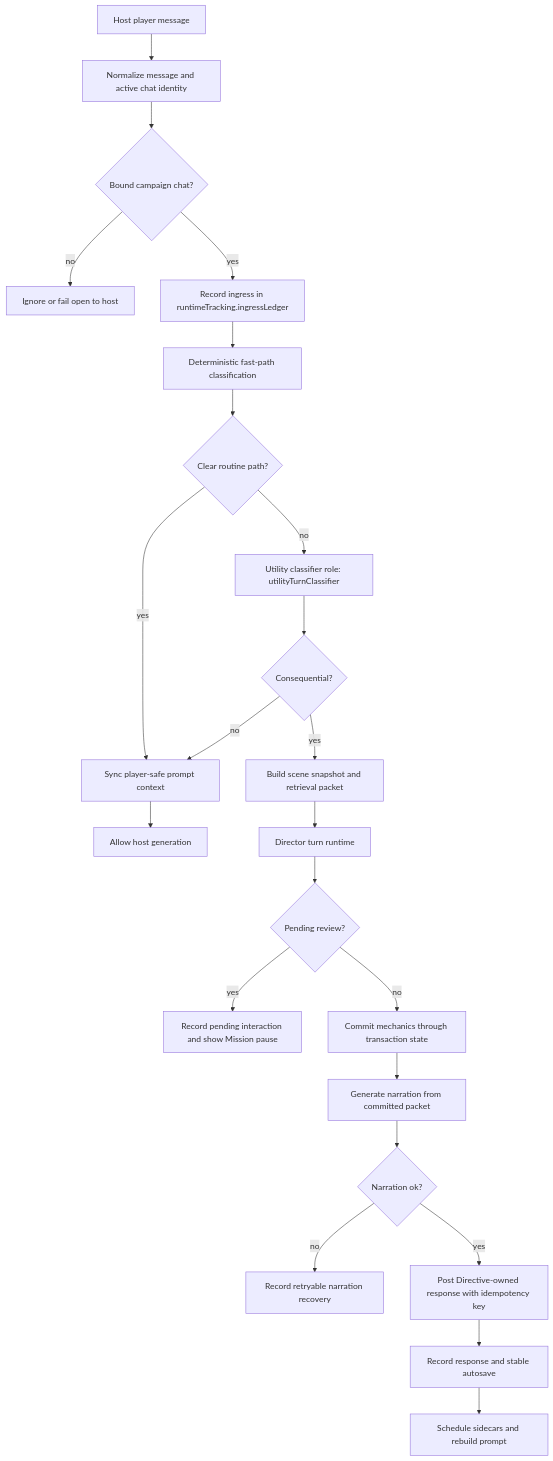
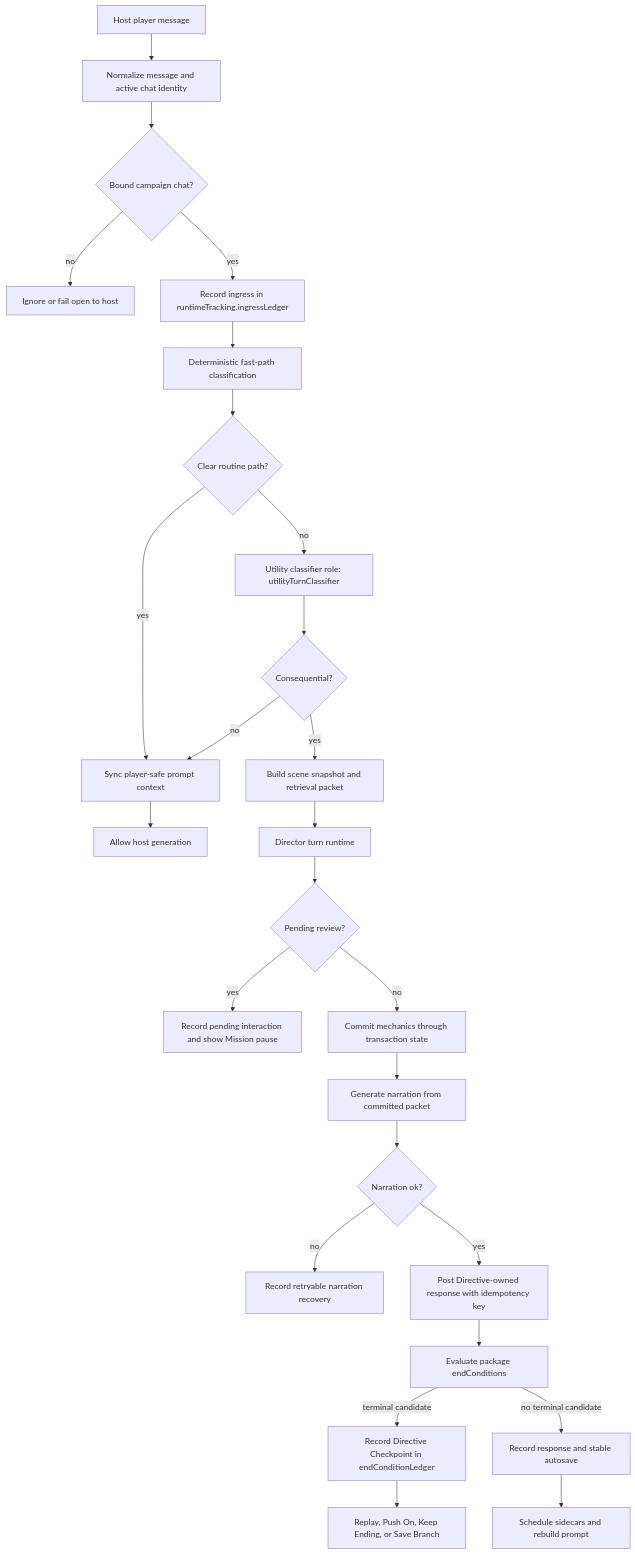
The diagram in docs/technical/PLAYER_TURN_SEQUENCE.md (MentallyQuill/Directive), drawn with Mermaid before and after one commit. The commit also changed other lines of this file and 78 other files, not shown here.

Commit message:
Refine runtime shell and campaign activation flow

````diff
--- a/docs/technical/PLAYER_TURN_SEQUENCE.md
+++ b/docs/technical/PLAYER_TURN_SEQUENCE.md
@@ -19,25 +20,28 @@
 ```mermaid
 flowchart TD
   A["Host player message"] --> B["Normalize message and active chat identity"]
   B --> C{"Bound campaign chat?"}
   C -->|no| D["Ignore or fail open to host"]
   C -->|yes| E["Record ingress in runtimeTracking.ingressLedger"]
   E --> F["Deterministic fast-path classification"]
   F --> G{"Clear routine path?"}
   G -->|yes| H["Sync player-safe prompt context"]
   H --> I["Allow host generation"]
   G -->|no| J["Utility classifier role: utilityTurnClassifier"]
   J --> K{"Consequential?"}
   K -->|no| H
   K -->|yes| L["Build scene snapshot and retrieval packet"]
   L --> M["Director turn runtime"]
   M --> N{"Pending review?"}
   N -->|yes| O["Record pending interaction and show Mission pause"]
   N -->|no| P["Commit mechanics through transaction state"]
   P --> Q["Generate narration from committed packet"]
   Q --> R{"Narration ok?"}
   R -->|no| S["Record retryable narration recovery"]
   R -->|yes| T["Post Directive-owned response with idempotency key"]
-  T --> U["Record response and stable autosave"]
-  U --> V["Schedule sidecars and rebuild prompt"]
+  T --> U["Evaluate package endConditions"]
+  U -->|terminal candidate| V["Record Directive Checkpoint in endConditionLedger"]
+  U -->|no terminal candidate| W["Record response and stable autosave"]
+  V --> X["Replay, Push On, Keep Ending, or Save Branch"]
+  W --> Y["Schedule sidecars and rebuild prompt"]
 ```
````
